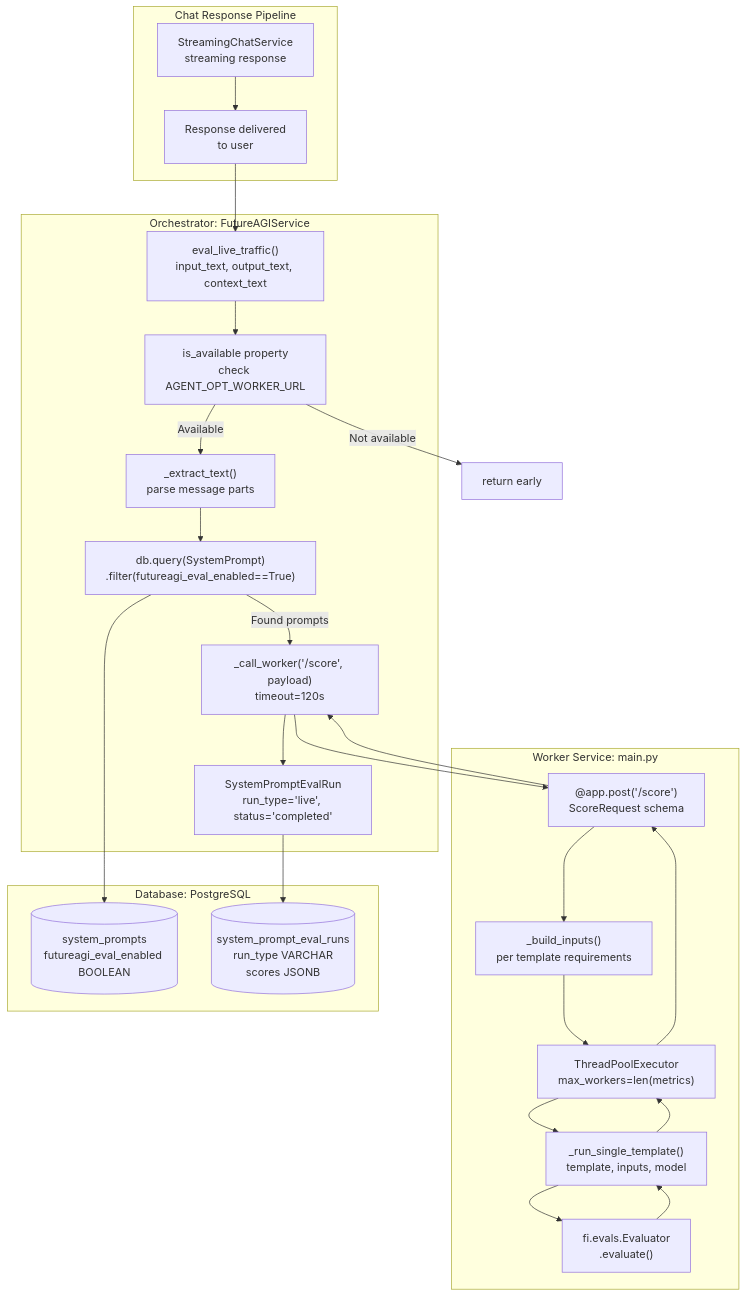
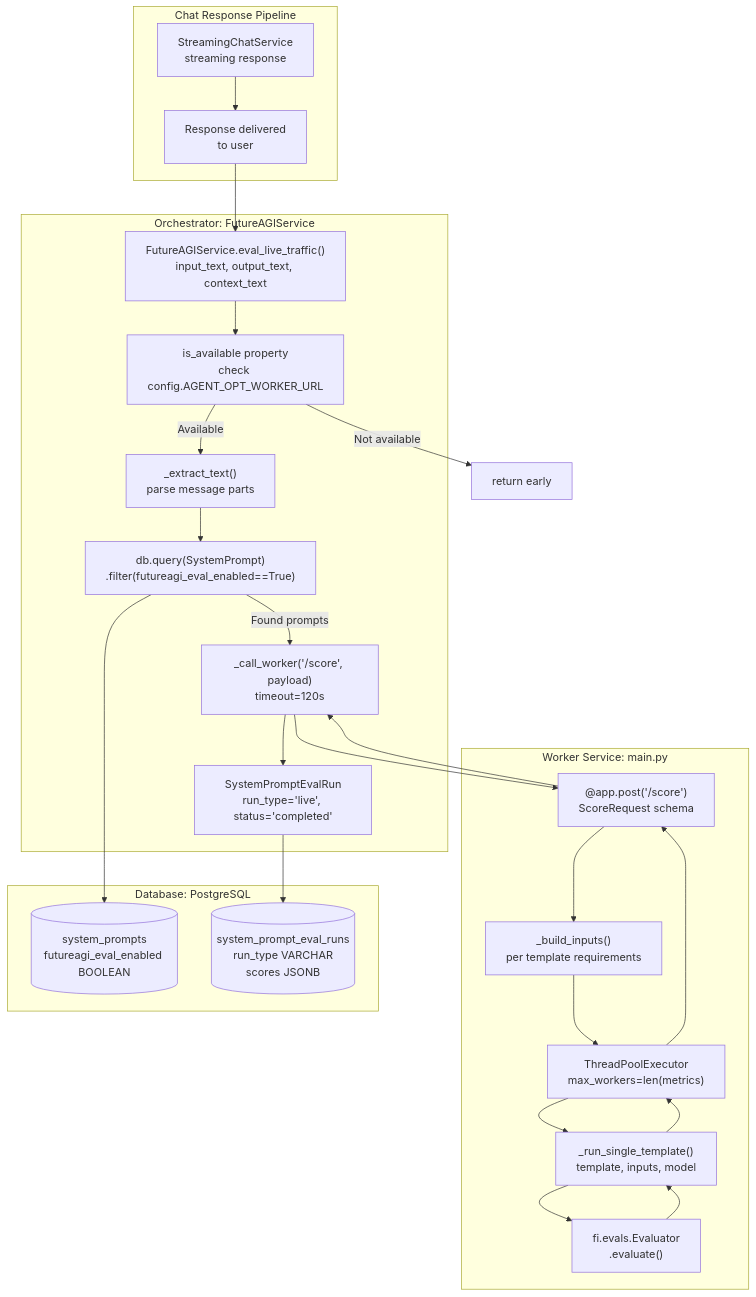
Before and after one commit to AutomatosAI/automatos-ai: the first of 4 diagrams in docs/prompt-optimization/live-traffic-scoring.md, drawn with Mermaid. The commit also changed other lines of this file and 153 other files, not shown here.

````diff
--- a/docs/prompt-optimization/live-traffic-scoring.md
+++ b/docs/prompt-optimization/live-traffic-scoring.md
@@ -54,49 +51,49 @@
 ```mermaid
 graph TB
     subgraph "Chat Response Pipeline"
         StreamingChat["StreamingChatService<br/>streaming response"]
         ResponseComplete["Response delivered<br/>to user"]
     end
     
     subgraph "Orchestrator: FutureAGIService"
-        EvalLive["eval_live_traffic()<br/>input_text, output_text, context_text"]
-        CheckAvailable["is_available property<br/>check AGENT_OPT_WORKER_URL"]
+        EvalLive["FutureAGIService.eval_live_traffic()<br/>input_text, output_text, context_text"]
+        CheckAvailable["is_available property<br/>check config.AGENT_OPT_WORKER_URL"]
         ExtractText["_extract_text()<br/>parse message parts"]
         QueryPrompts["db.query(SystemPrompt)<br/>.filter(futureagi_eval_enabled==True)"]
         CallWorker["_call_worker('/score', payload)<br/>timeout=120s"]
         CreateRuns["SystemPromptEvalRun<br/>run_type='live', status='completed'"]
     end
     
     subgraph "Worker Service: main.py"
         ScoreEndpoint["@app.post('/score')<br/>ScoreRequest schema"]
         BuildInputs["_build_inputs()<br/>per template requirements"]
         ThreadPool["ThreadPoolExecutor<br/>max_workers=len(metrics)"]
         RunTemplate["_run_single_template()<br/>template, inputs, model"]
         SDKEval["fi.evals.Evaluator<br/>.evaluate()"]
     end
     
     subgraph "Database: PostgreSQL"
         SystemPromptTable[("system_prompts<br/>futureagi_eval_enabled BOOLEAN")]
         EvalRunsTable[("system_prompt_eval_runs<br/>run_type VARCHAR<br/>scores JSONB")]
     end
     
     StreamingChat --> ResponseComplete
     ResponseComplete --> EvalLive
     EvalLive --> CheckAvailable
     CheckAvailable -->|"Available"| ExtractText
     CheckAvailable -->|"Not available"| Return["return early"]
     ExtractText --> QueryPrompts
     QueryPrompts --> SystemPromptTable
     QueryPrompts -->|"Found prompts"| CallWorker
     CallWorker --> ScoreEndpoint
     ScoreEndpoint --> BuildInputs
     BuildInputs --> ThreadPool
     ThreadPool --> RunTemplate
     RunTemplate --> SDKEval
     SDKEval --> RunTemplate
     RunTemplate --> ThreadPool
     ThreadPool --> ScoreEndpoint
     ScoreEndpoint --> CallWorker
     CallWorker --> CreateRuns
     CreateRuns --> EvalRunsTable
 ```
````
